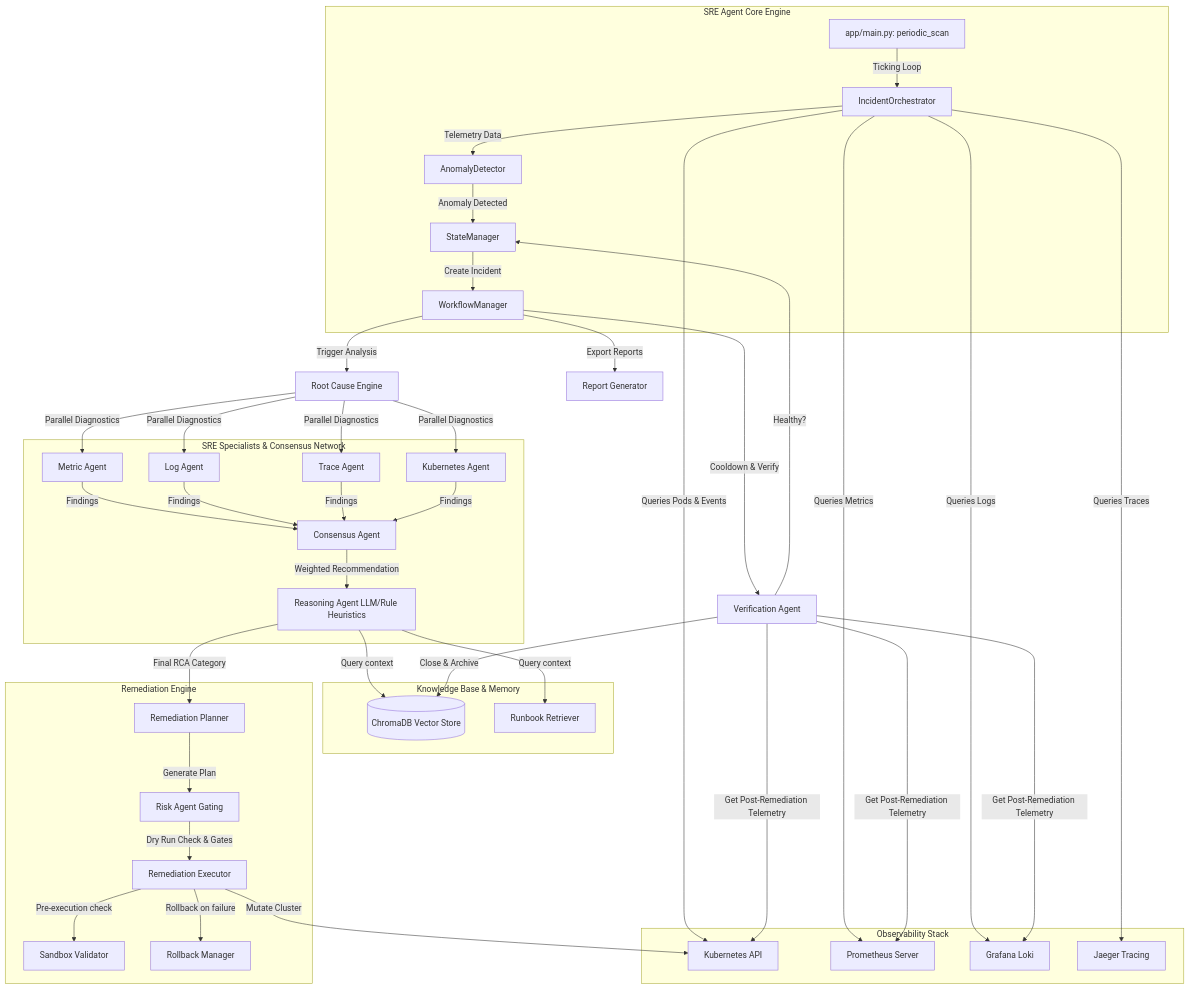
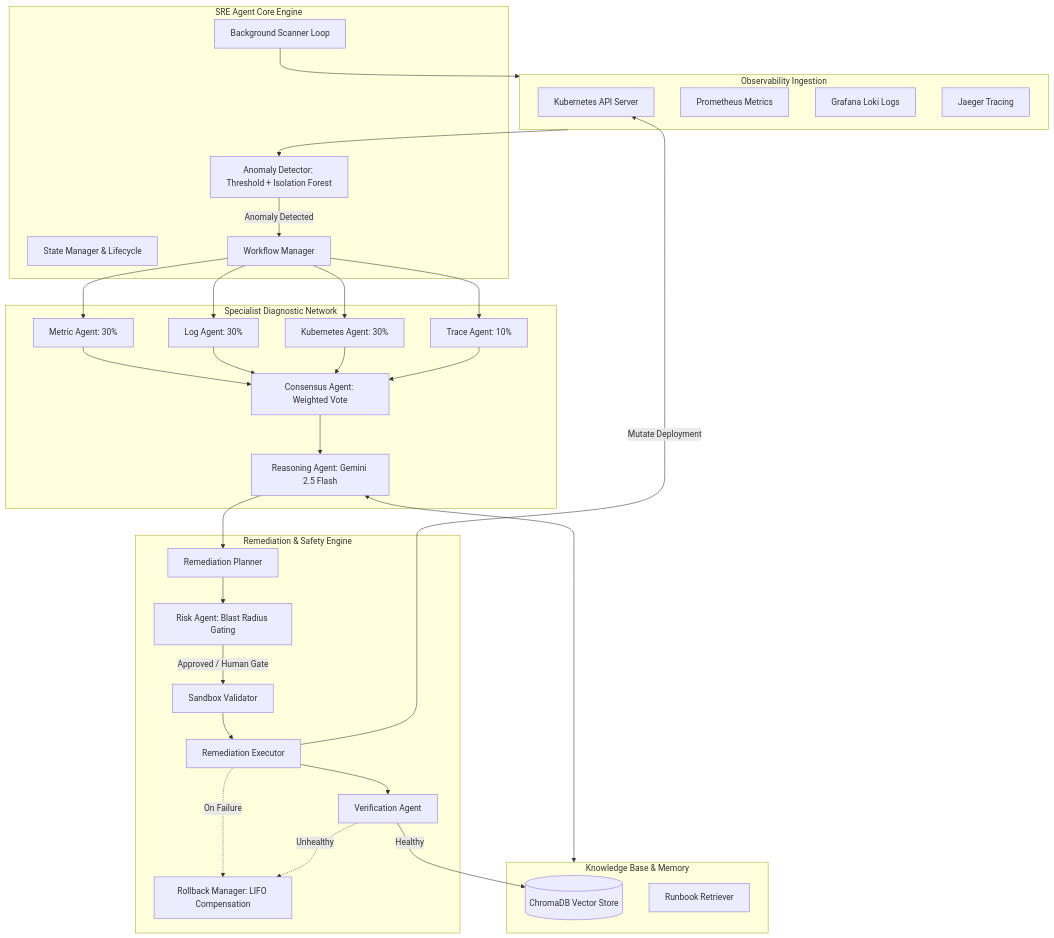
One commit to GunaTeja777/Autonomous-SRE-Agent-for-Cloud-Systems changed the diagram in README.md. Above: the diagram before and after it, drawn with Mermaid. The commit also changed other lines of this file, not shown here.

Commit message:
docs: update architecture diagrams and feature documentation in README

````diff
--- a/README.md
+++ b/README.md
@@ -9,74 +9,62 @@
 ```mermaid
 graph TD
     %% Observability Sources
-    subgraph Observability ["Observability Stack"]
-        K8s[Kubernetes API]
-        Prom[Prometheus Server]
-        Loki[Grafana Loki]
+    subgraph Observability ["Observability Ingestion"]
+        K8s[Kubernetes API Server]
+        Prom[Prometheus Metrics]
+        Loki[Grafana Loki Logs]
         Jaeger[Jaeger Tracing]
     end
 
-    %% SRE Agent Core
+    %% SRE Core Engine
     subgraph Core ["SRE Agent Core Engine"]
-        Main[app/main.py: periodic_scan]
-        Orch[IncidentOrchestrator]
-        State[StateManager]
-        Workflow[WorkflowManager]
-        Detector[AnomalyDetector]
+        Scanner[Background Scanner Loop]
+        Detector[Anomaly Detector: Threshold + Isolation Forest]
+        State[State Manager & Lifecycle]
+        Workflow[Workflow Manager]
     end
 
-    %% Specialist Agents
-    subgraph SpecialistAgents ["SRE Specialists & Consensus Network"]
-        MA[Metric Agent]
-        LA[Log Agent]
-        TA[Trace Agent]
-        KA[Kubernetes Agent]
-        Consensus[Consensus Agent]
-        Reasoning[Reasoning Agent LLM/Rule Heuristics]
+    %% Specialist Agents & Consensus
+    subgraph Diagnostics ["Specialist Diagnostic Network"]
+        MA[Metric Agent: 30%]
+        LA[Log Agent: 30%]
+        KA[Kubernetes Agent: 30%]
+        TA[Trace Agent: 10%]
+        Consensus[Consensus Agent: Weighted Vote]
+        Gemini[Reasoning Agent: Gemini 2.5 Flash]
     end
 
-    %% Storage & Guidance
-    subgraph Storage ["Knowledge Base & Memory"]
+    %% Memory & Runbooks
+    subgraph Knowledge ["Knowledge Base & Memory"]
         Chroma[(ChromaDB Vector Store)]
         Runbooks[Runbook Retriever]
     end
 
-    %% Execution Engine
-    subgraph Execution ["Remediation Engine"]
+    %% Remediation Engine
+    subgraph Execution ["Remediation & Safety Engine"]
         Planner[Remediation Planner]
-        Risk[Risk Agent Gating]
+        Risk[Risk Agent: Blast Radius Gating]
+        Sandbox[Sandbox Validator]
         Executor[Remediation Executor]
-        Sandbox[Sandbox Validator]
-        Rollback[Rollback Manager]
+        Rollback[Rollback Manager: LIFO Compensation]
+        Verify[Verification Agent]
     end
 
-    %% Flow Tracing
-    Main -->|Ticking Loop| Orch
-    Orch -->|Queries Pods & Events| K8s
-    Orch -->|Queries Metrics| Prom
-    Orch -->|Queries Logs| Loki
-    Orch -->|Queries Traces| Jaeger
-    
-    Orch -->|Telemetry Data| Detector
-    Detector -->|Anomaly Detected| State
-    State -->|Create Incident| Workflow
-    
-    Workflow -->|Trigger Analysis| RCA[Root Cause Engine]
-    RCA -->|Parallel Diagnostics| MA & LA & TA & KA
-    MA & LA & TA & KA -->|Findings| Consensus
-    Consensus -->|Weighted Recommendation| Reasoning
-    Reasoning -->|Query context| Runbooks & Chroma
-    Reasoning -->|Final RCA Category| Planner
-    
-    Planner -->|Generate Plan| Risk
-    Risk -->|Dry Run Check & Gates| Executor
-    Executor -->|Pre-execution check| Sandbox
-    Executor -->|Mutate Cluster| K8s
-    Executor -->|Rollback on failure| Rollback
-    
-    Workflow -->|Cooldown & Verify| Verify[Verification Agent]
-    Verify -->|Get Post-Remediation Telemetry| Prom & Loki & K8s
-    Verify -->|Healthy?| State
-    Verify -->|Close & Archive| Chroma
-    Workflow -->|Export Reports| Reports[Report Generator]
+    %% Flow
+    Scanner --> Observability
+    Observability --> Detector
+    Detector -->|Anomaly Detected| Workflow
+    Workflow --> MA & LA & KA & TA
+    MA & LA & KA & TA --> Consensus
+    Consensus --> Gemini
+    Knowledge <--> Gemini
+    Gemini --> Planner
+    Planner --> Risk
+    Risk -->|Approved / Human Gate| Sandbox
+    Sandbox --> Executor
+    Executor -->|Mutate Deployment| K8s
+    Executor -.->|On Failure| Rollback
+    Executor --> Verify
+    Verify -->|Healthy| Chroma
+    Verify -.->|Unhealthy| Rollback
 ```
````
